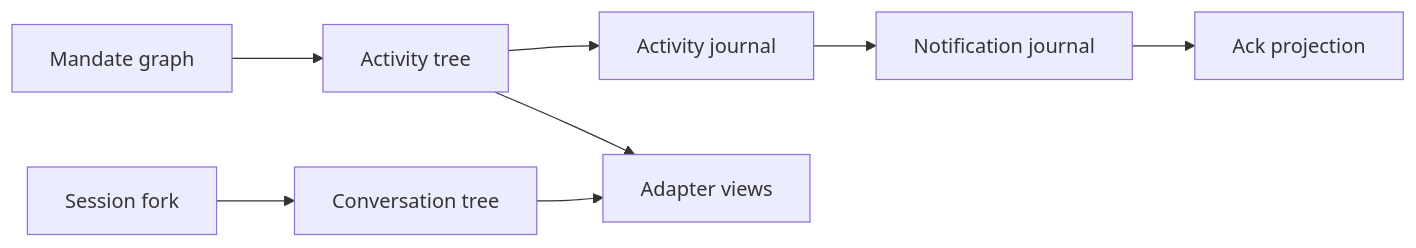
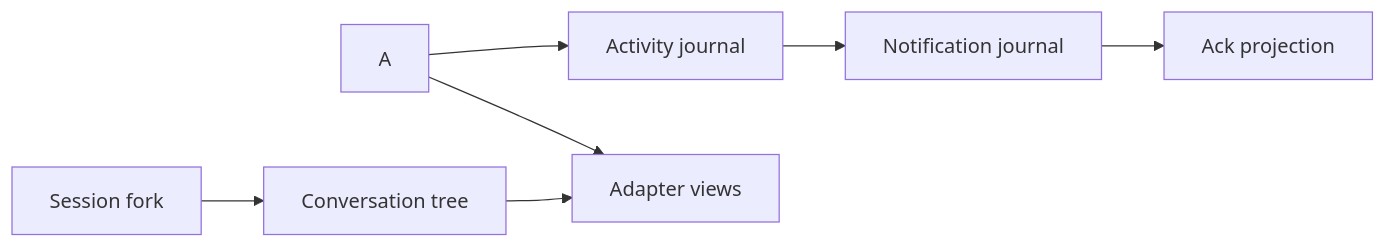
The diagram in docs/intention-relay/architecture/24-activity-ui-and-adapters.md (y0tsy/intention-relay), drawn with Mermaid before and after one commit. The commit also changed other lines of this file and 71 other files, not shown here.

````diff
--- a/docs/intention-relay/architecture/24-activity-ui-and-adapters.md
+++ b/docs/intention-relay/architecture/24-activity-ui-and-adapters.md
@@ -78,10 +76,9 @@
 ```mermaid
 flowchart LR
-  M[Mandate graph] --> A[Activity tree]
   S[Session fork] --> C[Conversation tree]
   A --> J[Activity journal]
   J --> N[Notification journal]
   N --> K[Ack projection]
   A --> P[Adapter views]
   C --> P
 ```
````
